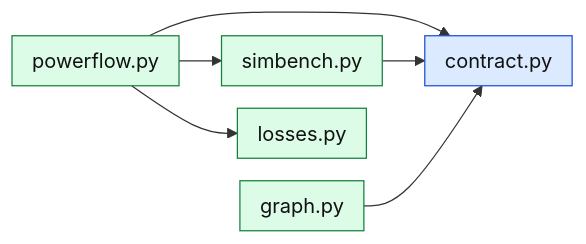
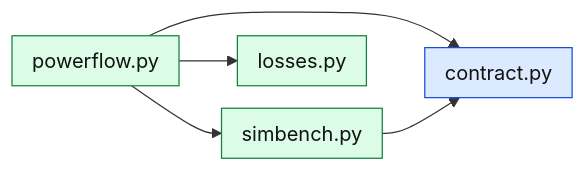
One commit to KevinRapo/P2P-thesis changed the diagram in docs/methodology/architecture/packages/grid.md. Above: the diagram before and after it, drawn with Mermaid. The commit also changed other lines of this file and 76 other files, not shown here.

First line of the commit message:
Remove the graph model: the power flow is the only grid the market reads

````diff
--- a/docs/methodology/architecture/packages/grid.md
+++ b/docs/methodology/architecture/packages/grid.md
@@ -7,12 +6,11 @@
 ```mermaid
 %%{init: {"flowchart": {"rankSpacing": 34, "nodeSpacing": 18, "padding": 8}}}%%
 flowchart LR
   powerflow["powerflow.py"]:::code --> simbench["simbench.py"]:::code
   powerflow --> contract["contract.py"]:::data
   simbench --> contract
-  graphmodel["graph.py"]:::code --> contract
   powerflow --> losses["losses.py"]:::code
 
   classDef code fill:#dcfce7,stroke:#15803d,color:#111
   classDef data fill:#dbeafe,stroke:#1d4ed8,color:#111
 ```
````
